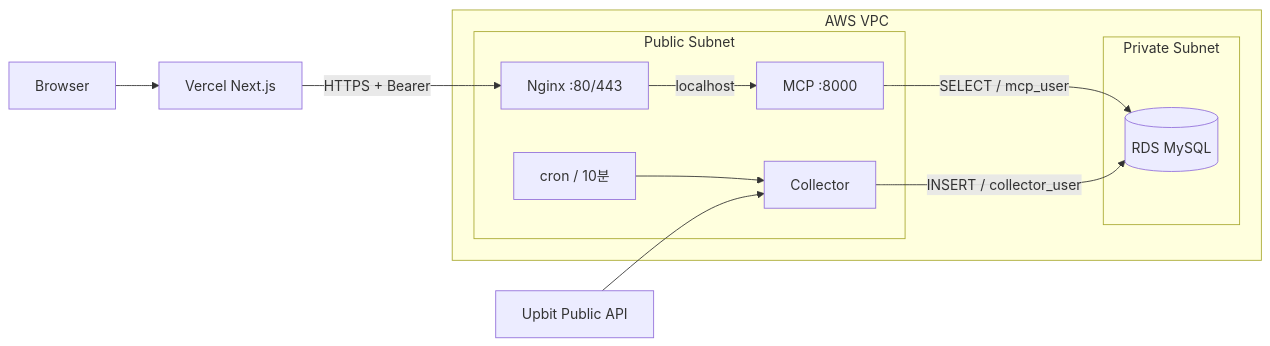
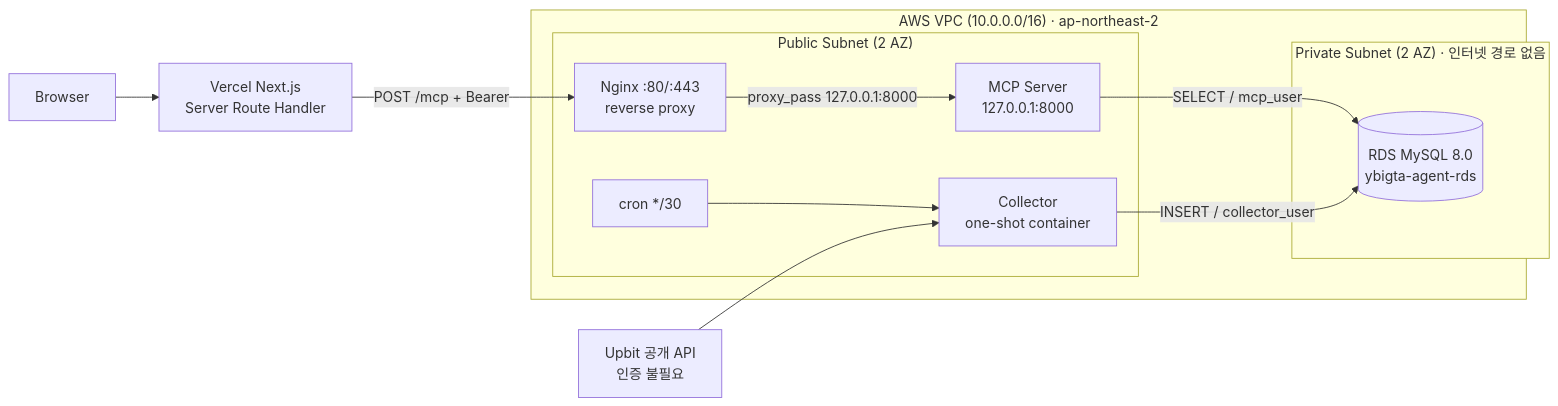
Before and after one commit to godwmin/YBIGTA_newbie_team_project: the diagram in README.md, drawn with Mermaid. The commit also changed other lines of this file and 6 other files, not shown here.

````diff
--- a/README.md
+++ b/README.md
@@ -949,16 +949,23 @@
 ```mermaid
 flowchart LR
-    Browser[Browser] --> Vercel[Vercel Next.js]
-    Vercel -->|HTTPS + Bearer| Nginx
-    subgraph AWS_VPC[AWS VPC]
-      subgraph Public_Subnet[Public Subnet]
-        Nginx[Nginx :80/443] -->|localhost| MCP[MCP :8000]
-        Cron[cron / 10분] --> Collector[Collector]
+    Browser[Browser] --> Vercel[Vercel Next.js<br/>Server Route Handler]
+    Vercel -->|"POST /mcp + Bearer"| Nginx
+
+    subgraph AWS_VPC["AWS VPC (10.0.0.0/16) · ap-northeast-2"]
+      subgraph Public["Public Subnet (2 AZ)"]
+        Nginx["Nginx :80/:443<br/>reverse proxy"]
+        MCP["MCP Server<br/>127.0.0.1:8000"]
+        Collector["Collector<br/>one-shot container"]
+        Cron["cron */30"]
+        Nginx -->|"proxy_pass 127.0.0.1:8000"| MCP
+        Cron --> Collector
       end
-      subgraph Private_Subnet[Private Subnet]
-        MCP -->|SELECT / mcp_user| RDS[(RDS MySQL)]
-        Collector -->|INSERT / collector_user| RDS
+      subgraph Private["Private Subnet (2 AZ) · 인터넷 경로 없음"]
+        RDS[("RDS MySQL 8.0<br/>ybigta-agent-rds")]
       end
+      MCP -->|"SELECT / mcp_user"| RDS
+      Collector -->|"INSERT / collector_user"| RDS
     end
-    Upbit[Upbit Public API] --> Collector
+
+    Upbit["Upbit 공개 API<br/>인증 불필요"] --> Collector
 ```
````
